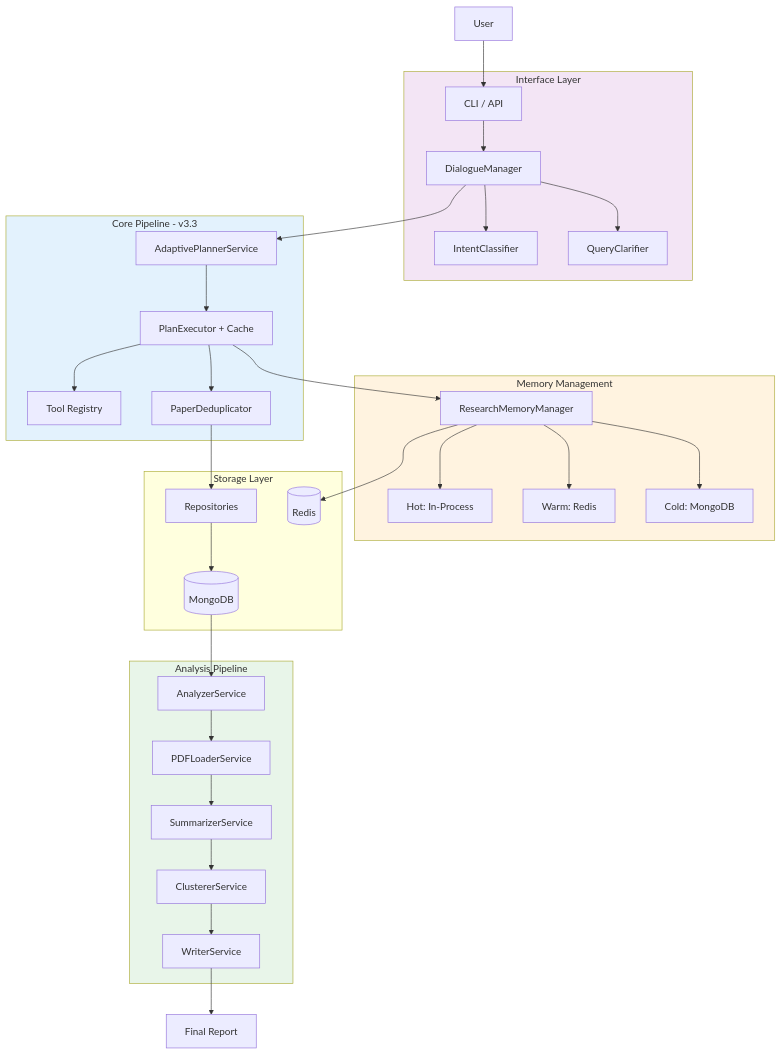
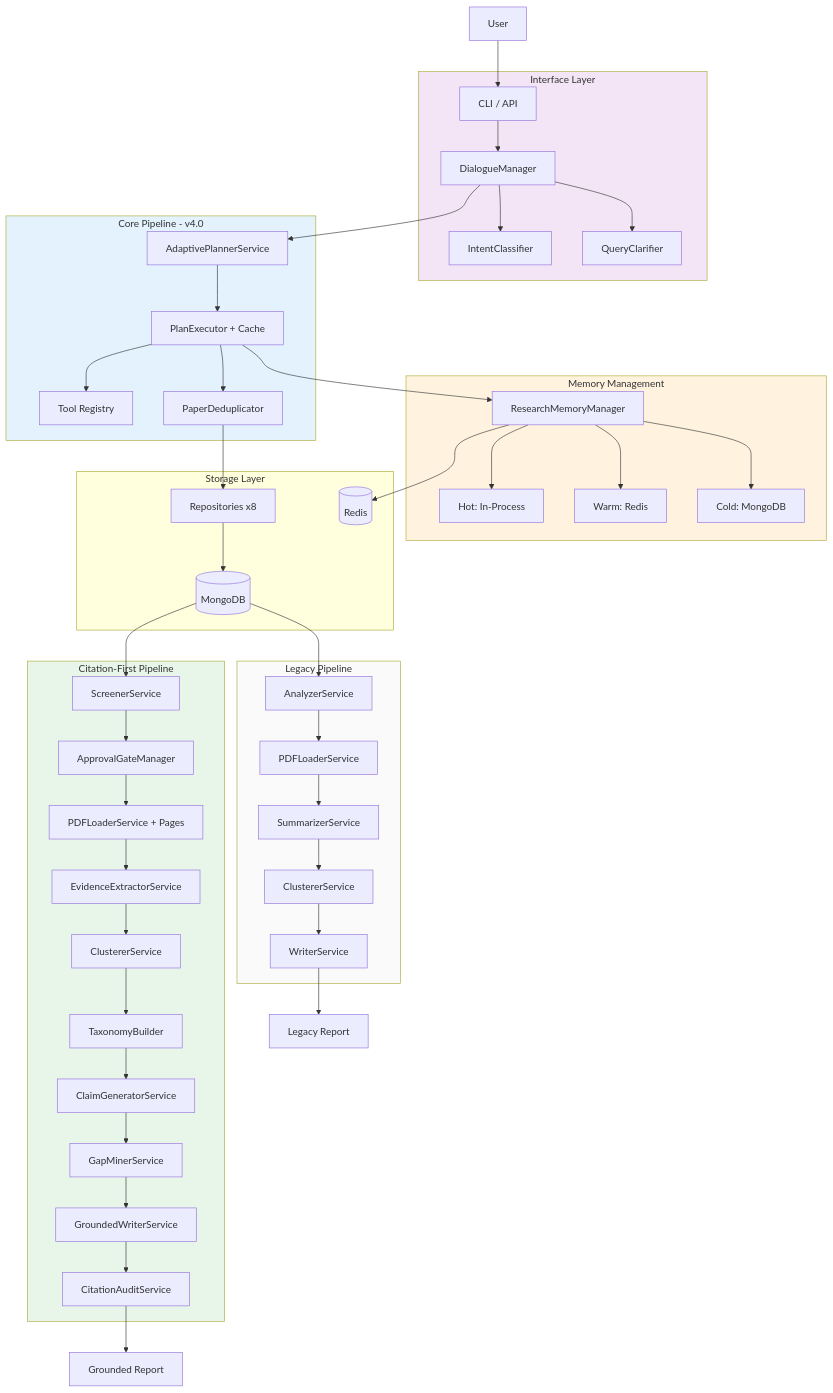
Before and after one commit to DuyTa506/tiny_researcher: the diagram in backend/docs/system_design.md, drawn with Mermaid. The commit also changed other lines of this file and 202 other files, not shown here.

````diff
--- a/backend/docs/system_design.md
+++ b/backend/docs/system_design.md
@@ -5,45 +5,60 @@
 ```mermaid
 graph TB
     User[User] --> CLI[CLI / API]
 
     subgraph Interface[Interface Layer]
         CLI --> DialogueMgr[DialogueManager]
         DialogueMgr --> Intent[IntentClassifier]
         DialogueMgr --> Clarifier[QueryClarifier]
     end
 
-    subgraph Core[Core Pipeline - v3.3]
+    subgraph Core[Core Pipeline - v4.0]
         DialogueMgr --> Planner[AdaptivePlannerService]
         Planner --> Executor[PlanExecutor + Cache]
         Executor --> Tools[Tool Registry]
         Executor --> Dedup[PaperDeduplicator]
     end
 
     subgraph Memory[Memory Management]
         Executor --> MemMgr[ResearchMemoryManager]
         MemMgr --> Hot[Hot: In-Process]
         MemMgr --> Warm[Warm: Redis]
         MemMgr --> Cold[Cold: MongoDB]
     end
 
     subgraph Storage[Storage Layer]
-        Dedup --> Repo[Repositories]
+        Dedup --> Repo[Repositories x8]
         Repo --> MongoDB[(MongoDB)]
         MemMgr --> Redis[(Redis)]
     end
 
-    subgraph Analysis[Analysis Pipeline]
-        MongoDB --> Analyzer[AnalyzerService]
-        Analyzer --> PDFLoader[PDFLoaderService]
-        PDFLoader --> Summarizer[SummarizerService]
-        Summarizer --> Clusterer[ClustererService]
-        Clusterer --> Writer[WriterService]
+    subgraph CitationFirst[Citation-First Pipeline]
+        MongoDB --> Screener[ScreenerService]
+        Screener --> Gates[ApprovalGateManager]
+        Gates --> PDFLoader[PDFLoaderService + Pages]
+        PDFLoader --> Extractor[EvidenceExtractorService]
+        Extractor --> Clusterer[ClustererService]
+        Clusterer --> Taxonomy[TaxonomyBuilder]
+        Taxonomy --> ClaimGen[ClaimGeneratorService]
+        ClaimGen --> GapMiner[GapMinerService]
+        GapMiner --> GWriter[GroundedWriterService]
+        GWriter --> Audit[CitationAuditService]
     end
 
-    Writer --> Report[Final Report]
+    subgraph Legacy[Legacy Pipeline]
+        MongoDB --> Analyzer[AnalyzerService]
+        Analyzer --> LPDFLoader[PDFLoaderService]
+        LPDFLoader --> Summarizer[SummarizerService]
+        Summarizer --> LClusterer[ClustererService]
+        LClusterer --> Writer[WriterService]
+    end
+
+    Audit --> Report[Grounded Report]
+    Writer --> LReport[Legacy Report]
 
     style Interface fill:#f3e5f5
     style Core fill:#e3f2fd
     style Memory fill:#fff3e0
-    style Analysis fill:#e8f5e9
+    style CitationFirst fill:#e8f5e9
+    style Legacy fill:#fafafa
 ```
````
